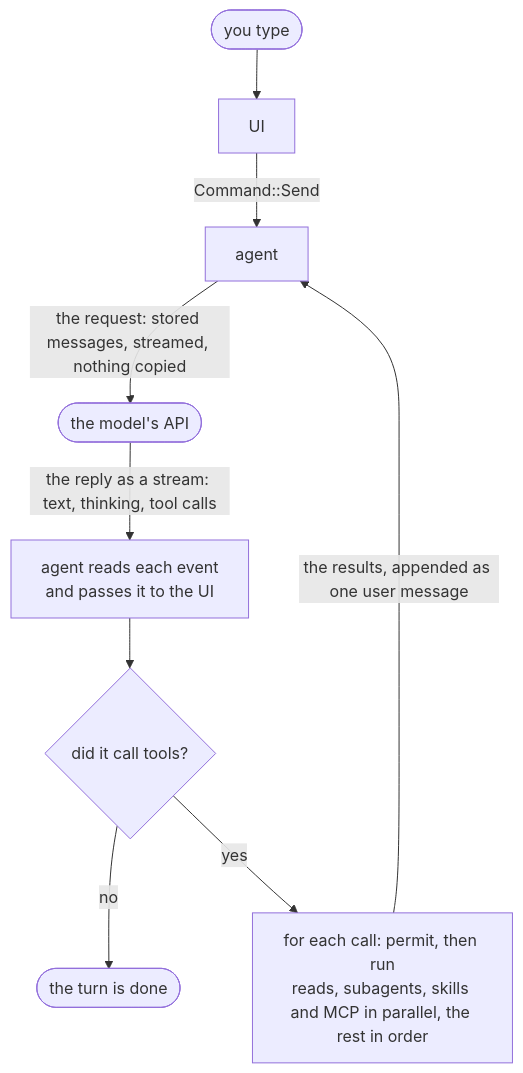
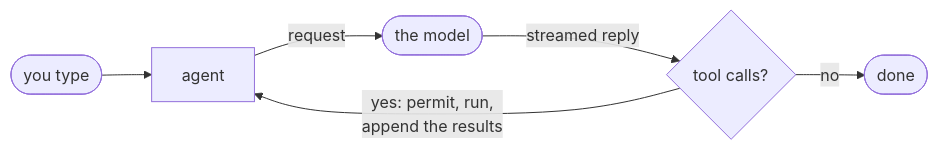
Before and after one commit to IWhitebird/claude-jr: the second of 3 diagrams in docs/ARCHITECTURE.md, drawn with Mermaid. The commit also changed other lines of this file and 9 other files, not shown here.

First line of the commit message:
The site, checked: one top bar and footer on every page, a short architecture page

````diff
--- a/docs/ARCHITECTURE.md
+++ b/docs/ARCHITECTURE.md
@@ -37,11 +22,8 @@
 ```mermaid
-flowchart TD
-  t_you(["you type"]) --> t_ui["UI"]
-  t_ui -- "Command::Send" --> t_agent["agent"]
-  t_agent -- "the request: stored messages, streamed, nothing copied" --> t_api(["the model's API"])
-  t_api -- "the reply as a stream: text, thinking, tool calls" --> t_read["agent reads each event<br/>and passes it to the UI"]
-  t_read --> t_more{"did it call tools?"}
-  t_more -- "no" --> t_done(["the turn is done"])
-  t_more -- "yes" --> t_run["for each call: permit, then run<br/>reads, subagents, skills and MCP in parallel, the rest in order"]
-  t_run -- "the results, appended as one user message" --> t_agent
+flowchart LR
+  t_you(["you type"]) --> t_agent["agent"]
+  t_agent -- "request" --> t_api(["the model"])
+  t_api -- "streamed reply" --> t_more{"tool calls?"}
+  t_more -- "yes: permit, run,<br/>append the results" --> t_agent
+  t_more -- "no" --> t_done(["done"])
 ```
````
